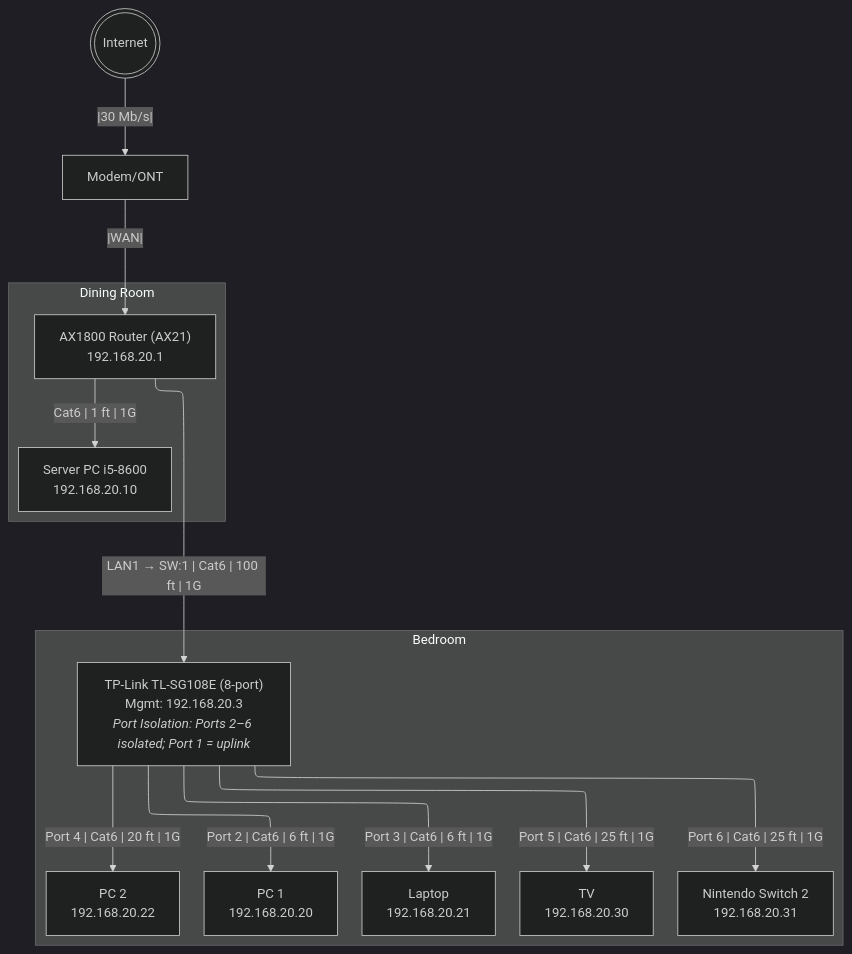
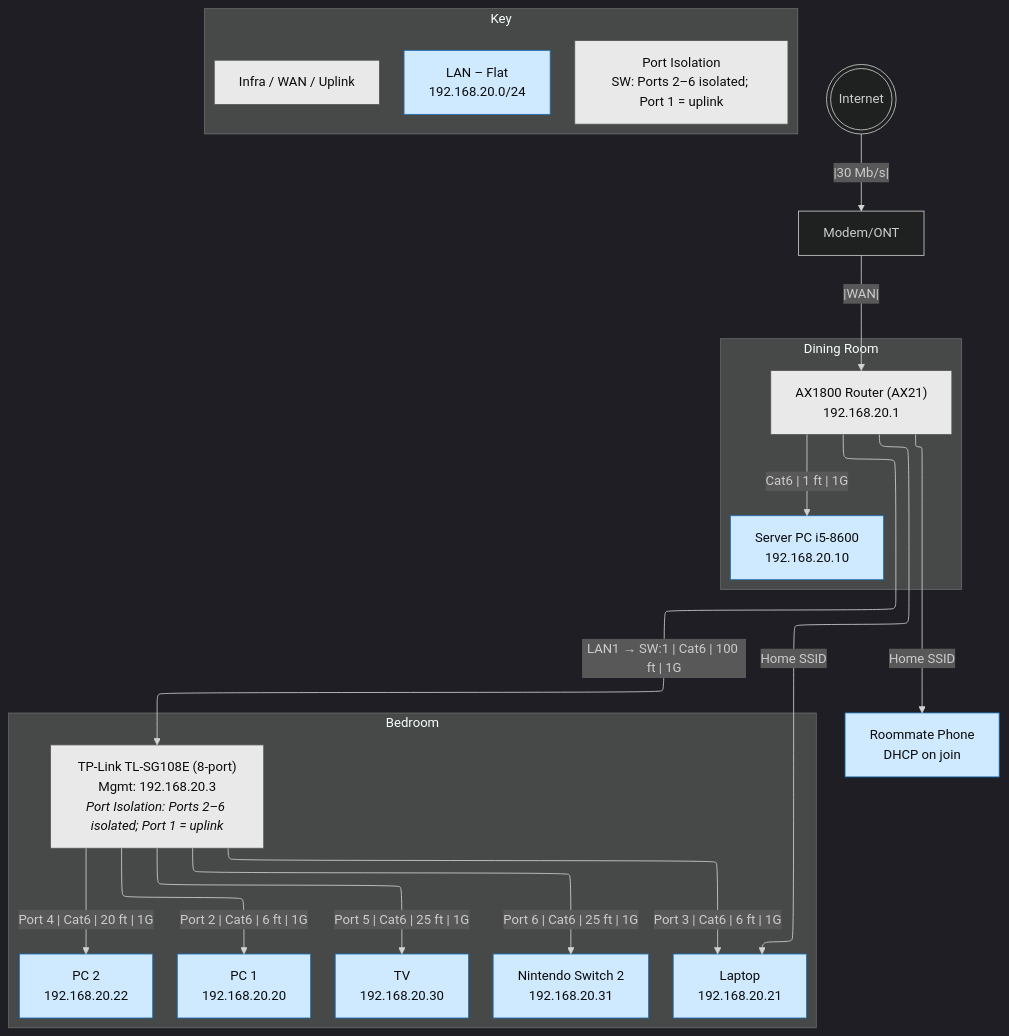
The diagram in Home Lab Network Map.md (acageduser/Home-Lab), drawn with Mermaid before and after one commit.

Commit message:
Update Home Lab Network Map with new layout

````diff
--- a/Home Lab Network Map.md
+++ b/Home Lab Network Map.md
@@ -6,36 +6,65 @@
 ```mermaid
 ---
 config:
   theme: dark
   layout: elk
 ---
 flowchart TB
-  %% Core room
-  subgraph CORE["Dining Room"]
-    R["AX1800 Router (AX21)<br/>192.168.20.1"]
-    S["Server PC i5-8600<br/>192.168.20.10"]
-  end
+ subgraph LEGEND["Key"]
+        L20["LAN – Flat<br>192.168.20.0/24"]
+        LISO["Port Isolation<br>SW: Ports 2–6 isolated; Port 1 = uplink"]
+        LINF["Infra / WAN / Uplink"]
+ end
 
-  %% Remote room
-  subgraph REMOTE["Bedroom"]
-    SW["TP-Link TL-SG108E (8-port)<br/>Mgmt: 192.168.20.3<br/><i>Port Isolation: Ports 2–6 isolated; Port 1 = uplink</i>"]
-    P1["PC 1<br/>192.168.20.20"]
-    L1["Laptop<br/>192.168.20.21"]
-    P2["PC 2<br/>192.168.20.22"]
-    TV["TV<br/>192.168.20.30"]
-    NS["Nintendo Switch 2<br/>192.168.20.31"]
-  end
+ subgraph CORE["Dining Room"]
+        R["AX1800 Router (AX21)<br>192.168.20.1"]
+        S["Server PC i5-8600<br>192.168.20.10"]
+ end
 
-  %% WAN
-  ISP((("Internet"))) -- |30 Mb/s| --> M["Modem/ONT"]
-  M -- |WAN| --> R
+ subgraph REMOTE["Bedroom"]
+        SW["TP-Link TL-SG108E (8-port)<br>Mgmt: 192.168.20.3<br><i>Port Isolation: Ports 2–6 isolated; Port 1 = uplink</i>"]
+        P1["PC 1<br>192.168.20.20"]
+        L1["Laptop<br>192.168.20.21"]
+        P2["PC 2<br>192.168.20.22"]
+        TV["TV<br>192.168.20.30"]
+        NS["Nintendo Switch 2<br>192.168.20.31"]
+ end
 
-  %% Wired links (my label style)
-  R -- Cat6 | 1 ft | 1G --> S
-  R -- LAN1 → SW:1 | Cat6 | 100 ft | 1G --> SW
-  SW -- Port 2 | Cat6 | 6 ft | 1G --> P1
-  SW -- Port 3 | Cat6 | 6 ft | 1G --> L1
-  SW -- Port 4 | Cat6 | 20 ft | 1G --> P2
-  SW -- Port 5 | Cat6 | 25 ft | 1G --> TV
-  SW -- Port 6 | Cat6 | 25 ft | 1G --> NS
+ %% Wi‑Fi client (example)
+ G1["Roommate Phone<br>DHCP on join"]:::lan
+
+ %% WAN
+ ISP((("Internet"))) -- |30 Mb/s| --> M["Modem/ONT"]
+ M -- |WAN| --> R
+
+ %% Wired links (preferred label style)
+ R -- Cat6 | 1 ft | 1G --> S
+ R -- LAN1 → SW:1 | Cat6 | 100 ft | 1G --> SW
+ SW -- Port 2 | Cat6 | 6 ft | 1G --> P1
+ SW -- Port 3 | Cat6 | 6 ft | 1G --> L1
+ SW -- Port 4 | Cat6 | 20 ft | 1G --> P2
+ SW -- Port 5 | Cat6 | 25 ft | 1G --> TV
+ SW -- Port 6 | Cat6 | 25 ft | 1G --> NS
+
+ %% Wi‑Fi associations
+ R -- Home SSID --> L1
+ R -- Home SSID --> G1
+
+ %% Classes
+ L20:::lan
+ LISO:::infra
+ LINF:::infra
+ R:::infra
+ S:::lan
+ SW:::infra
+ P1:::lan
+ L1:::lan
+ P2:::lan
+ TV:::lan
+ NS:::lan
+ G1:::lan
+
+ %% Styles
+ classDef lan fill:#cfe9ff,stroke:#1d70b8,color:#0b0b0b
+ classDef infra fill:#e9e9e9,stroke:#555,color:#0b0b0b
 ```
````
